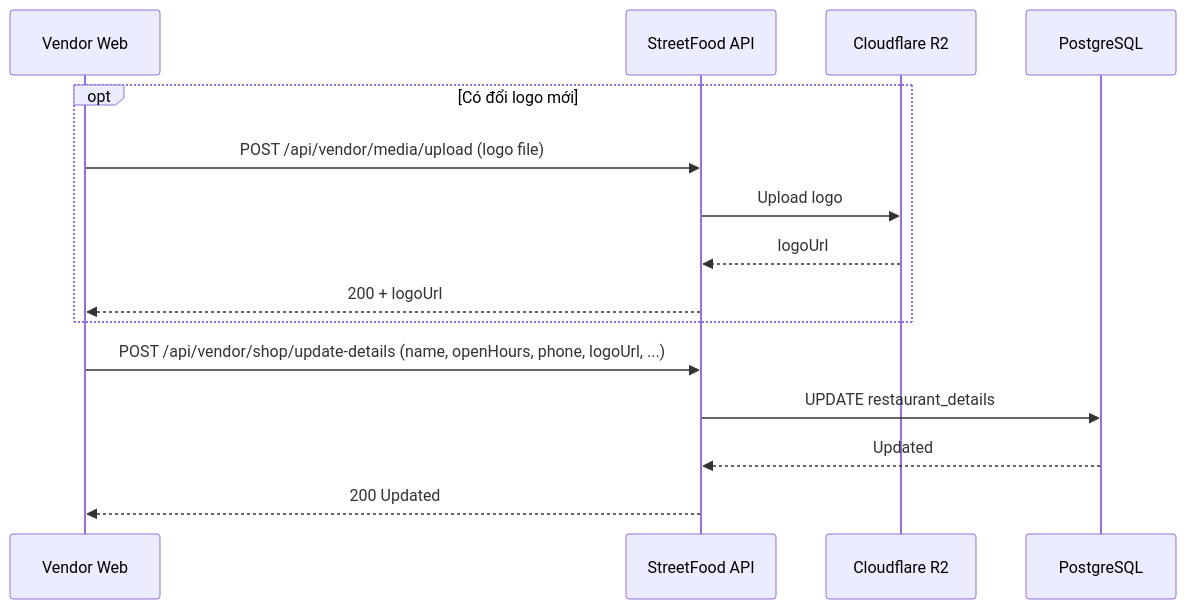
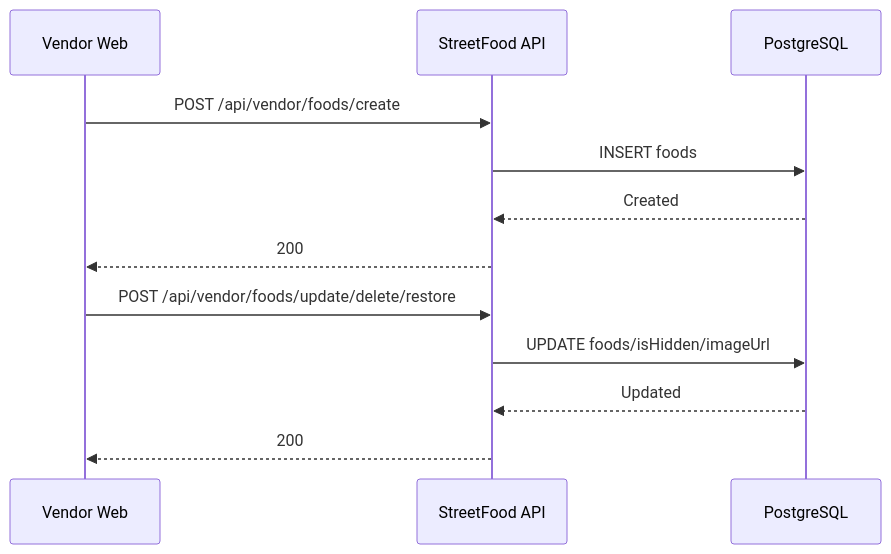
Diagram 16 of 46 in prd.md (NguyenPhuc-Du/StreetFood), drawn with Mermaid before and after one commit. The commit also changed other lines of this file and 1 other file, not shown here.

````diff
--- a/prd.md
+++ b/prd.md
@@ -883,19 +880,14 @@
 ```mermaid
 sequenceDiagram
     participant V as Vendor Web
     participant API as StreetFood API
-    participant R2 as Cloudflare R2
     participant DB as PostgreSQL
-
-    opt Có đổi logo mới
-        V->>API: POST /api/vendor/media/upload (logo file)
-        API->>R2: Upload logo
-        R2-->>API: logoUrl
-        API-->>V: 200 + logoUrl
-    end
-
-    V->>API: POST /api/vendor/shop/update-details (name, openHours, phone, logoUrl, ...)
-    API->>DB: UPDATE restaurant_details
+    V->>API: POST /api/vendor/foods/create
+    API->>DB: INSERT foods
+    DB-->>API: Created
+    API-->>V: 200
+    V->>API: POST /api/vendor/foods/update/delete/restore
+    API->>DB: UPDATE foods/isHidden/imageUrl
     DB-->>API: Updated
-    API-->>V: 200 Updated
+    API-->>V: 200
 ```
````
